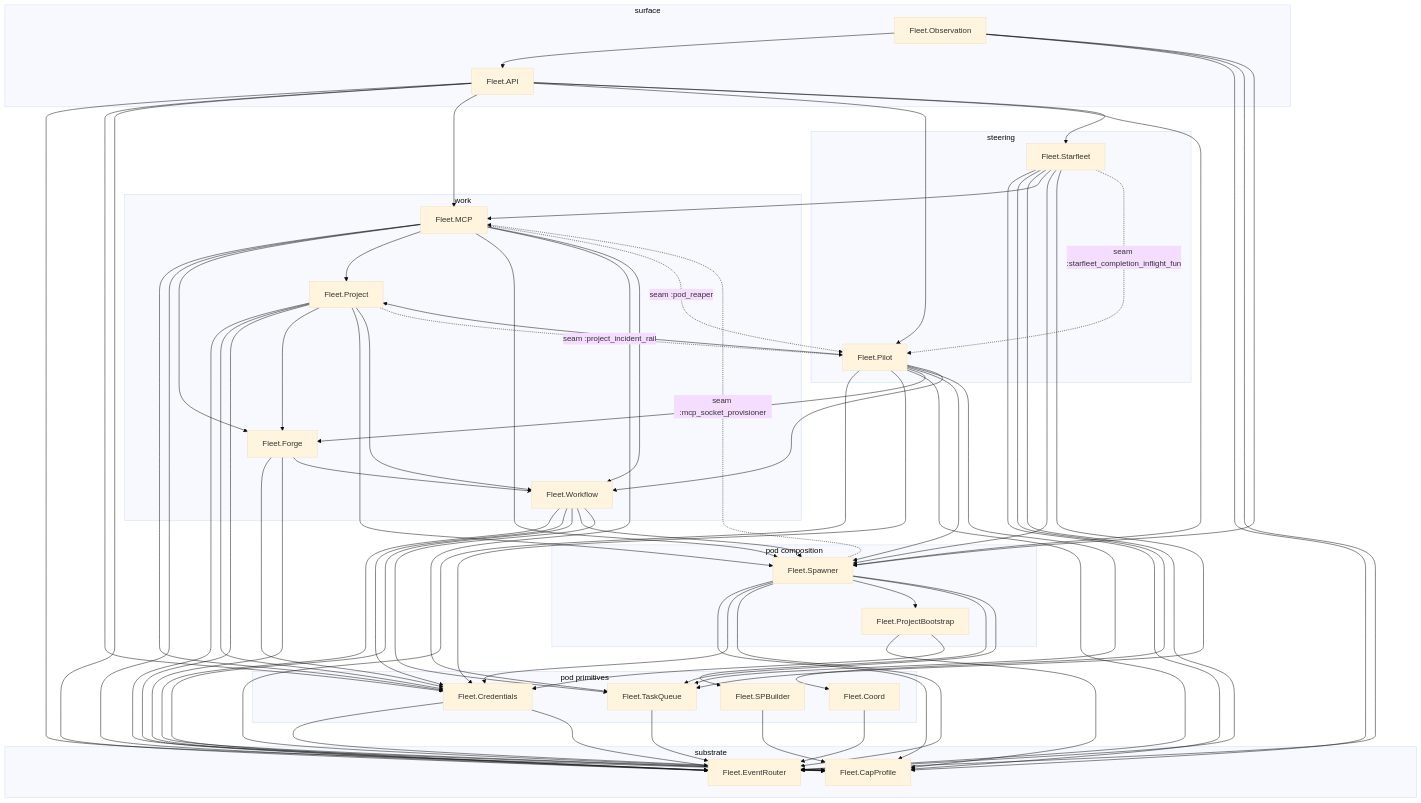
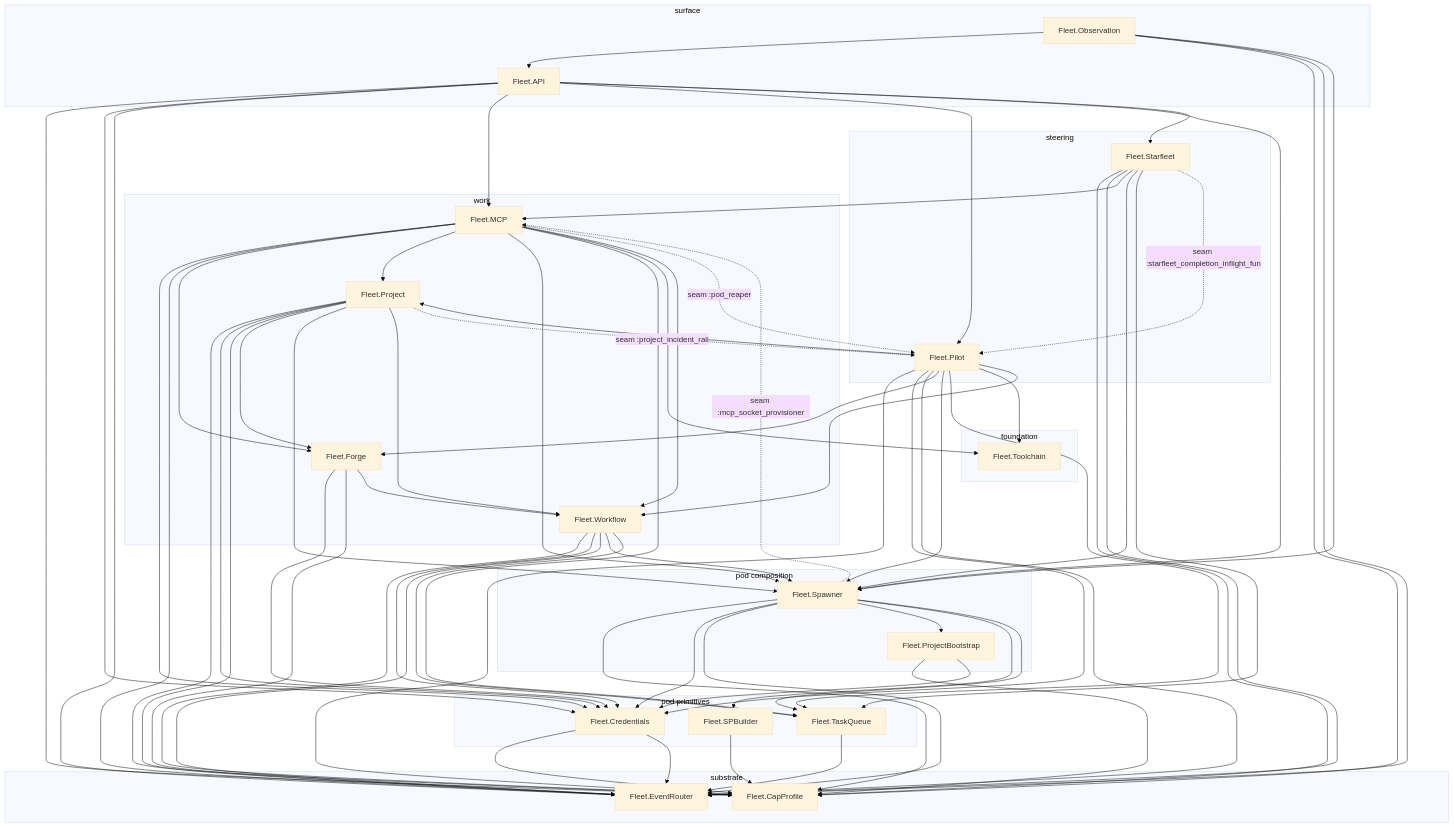
The diagram in fleet/README.md (zUrp-Embedded/LCARS-fleet), drawn with Mermaid (base theme) before and after one commit. The commit also changed other lines of this file and 58 other files, not shown here.

```diff
--- a/fleet/README.md
+++ b/fleet/README.md
@@ -48,10 +48,12 @@
         Fleet_Spawner["Fleet.Spawner"]
     end
     subgraph pod_primitives["pod primitives"]
-        Fleet_Coord["Fleet.Coord"]
         Fleet_Credentials["Fleet.Credentials"]
         Fleet_SPBuilder["Fleet.SPBuilder"]
         Fleet_TaskQueue["Fleet.TaskQueue"]
+    end
+    subgraph foundation["foundation"]
+        Fleet_Toolchain["Fleet.Toolchain"]
     end
     subgraph substrate["substrate"]
         Fleet_CapProfile["Fleet.CapProfile"]
@@ -64,7 +66,6 @@
     Fleet_API --> Fleet_Pilot
     Fleet_API --> Fleet_Spawner
     Fleet_API --> Fleet_Starfleet
-    Fleet_Coord --> Fleet_EventRouter
     Fleet_Credentials --> Fleet_CapProfile
     Fleet_Credentials --> Fleet_EventRouter
     Fleet_Forge --> Fleet_Credentials
@@ -76,6 +77,7 @@
     Fleet_MCP --> Fleet_Project
     Fleet_MCP --> Fleet_Spawner
     Fleet_MCP --> Fleet_TaskQueue
+    Fleet_MCP --> Fleet_Toolchain
     Fleet_MCP --> Fleet_Workflow
     Fleet_Observation --> Fleet_API
     Fleet_Observation --> Fleet_CapProfile
@@ -88,6 +90,7 @@
     Fleet_Pilot --> Fleet_Project
     Fleet_Pilot --> Fleet_Spawner
     Fleet_Pilot --> Fleet_TaskQueue
+    Fleet_Pilot --> Fleet_Toolchain
     Fleet_Pilot --> Fleet_Workflow
     Fleet_Project --> Fleet_CapProfile
     Fleet_Project --> Fleet_Credentials
@@ -105,7 +108,6 @@
     Fleet_Spawner --> Fleet_SPBuilder
     Fleet_Spawner --> Fleet_TaskQueue
     Fleet_Starfleet --> Fleet_CapProfile
-    Fleet_Starfleet --> Fleet_Coord
     Fleet_Starfleet --> Fleet_EventRouter
     Fleet_Starfleet --> Fleet_MCP
     Fleet_Starfleet --> Fleet_Spawner
```
